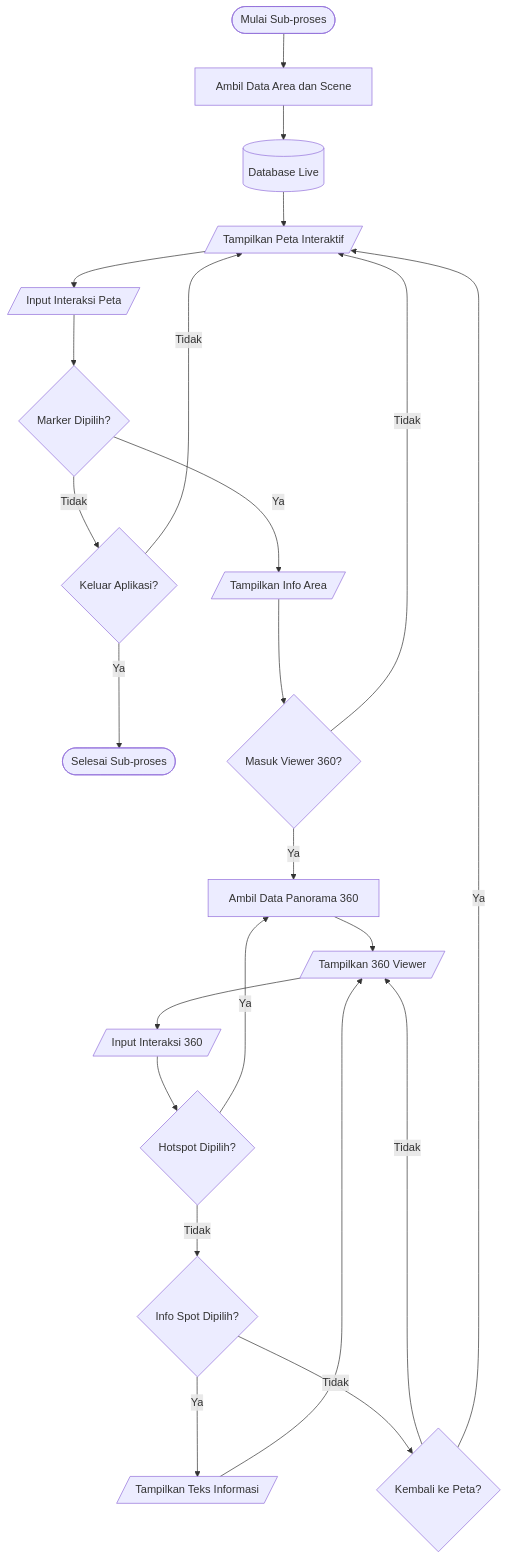
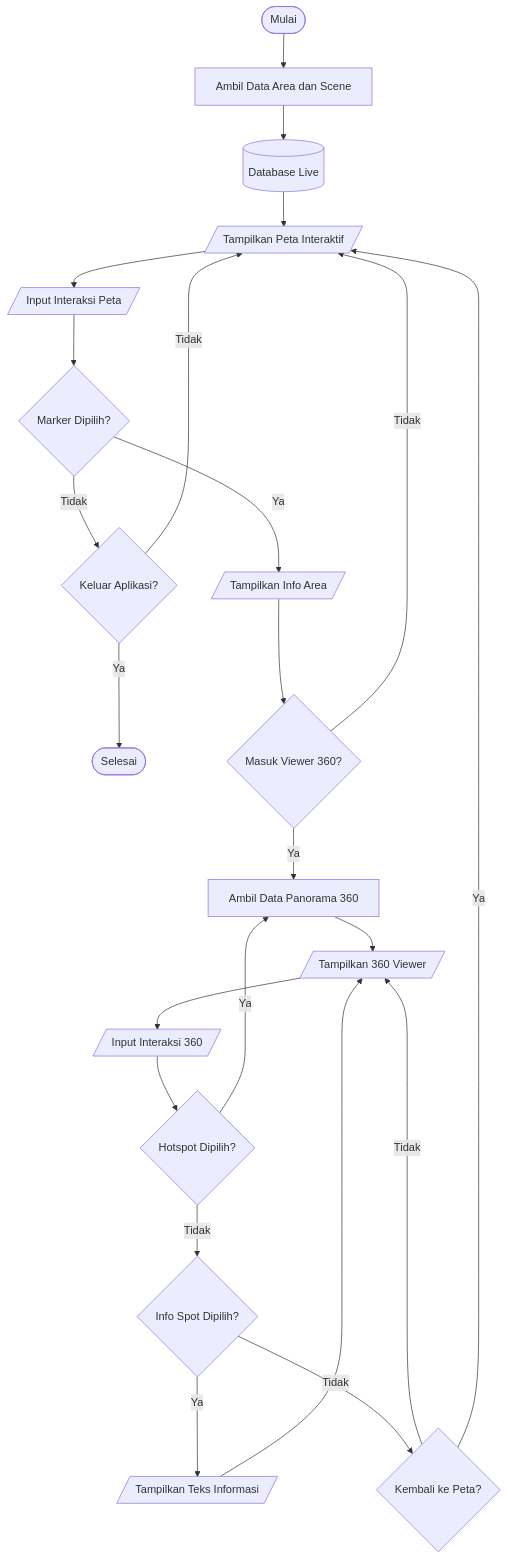
One commit to rrfito/Semen_Padang_VR changed the second of 6 diagrams in README.md. Above: the diagram before and after it, drawn with Mermaid. The commit also changed other lines of this file, not shown here.

````diff
--- a/README.md
+++ b/README.md
@@ -292,33 +292,33 @@
 ```mermaid
 flowchart TD
-    Start([Mulai Sub-proses]) --> AmbilData[Ambil Data Area dan Scene]
+    Start([Mulai]) --> AmbilData[Ambil Data Area dan Scene]
     AmbilData --> AksesDB[(Database Live)]
     AksesDB --> TampilPeta[/Tampilkan Peta Interaktif/]
 
     TampilPeta --> AksiPeta[/Input Interaksi Peta/]
     AksiPeta --> CekMarker{Marker Dipilih?}
 
     CekMarker -- Tidak --> CekKeluar{Keluar Aplikasi?}
-    CekKeluar -- Ya --> EndTur([Selesai Sub-proses])
+    CekKeluar -- Ya --> EndTur([Selesai])
     CekKeluar -- Tidak --> TampilPeta
 
     CekMarker -- Ya --> TampilInfo[/Tampilkan Info Area/]
     TampilInfo --> CekMasuk{Masuk Viewer 360?}
 
     CekMasuk -- Tidak --> TampilPeta
     CekMasuk -- Ya --> MuatScene[Ambil Data Panorama 360]
     MuatScene --> Tampil360[/Tampilkan 360 Viewer/]
 
     Tampil360 --> Aksi360[/Input Interaksi 360/]
     Aksi360 --> CekHotspot{Hotspot Dipilih?}
 
     CekHotspot -- Ya --> MuatScene
     CekHotspot -- Tidak --> CekInfoSpot{Info Spot Dipilih?}
 
     CekInfoSpot -- Ya --> TampilInfoSpot[/Tampilkan Teks Informasi/]
     TampilInfoSpot --> Tampil360
 
     CekInfoSpot -- Tidak --> CekKembali{Kembali ke Peta?}
     CekKembali -- Tidak --> Tampil360
     CekKembali -- Ya --> TampilPeta
 ```
````
